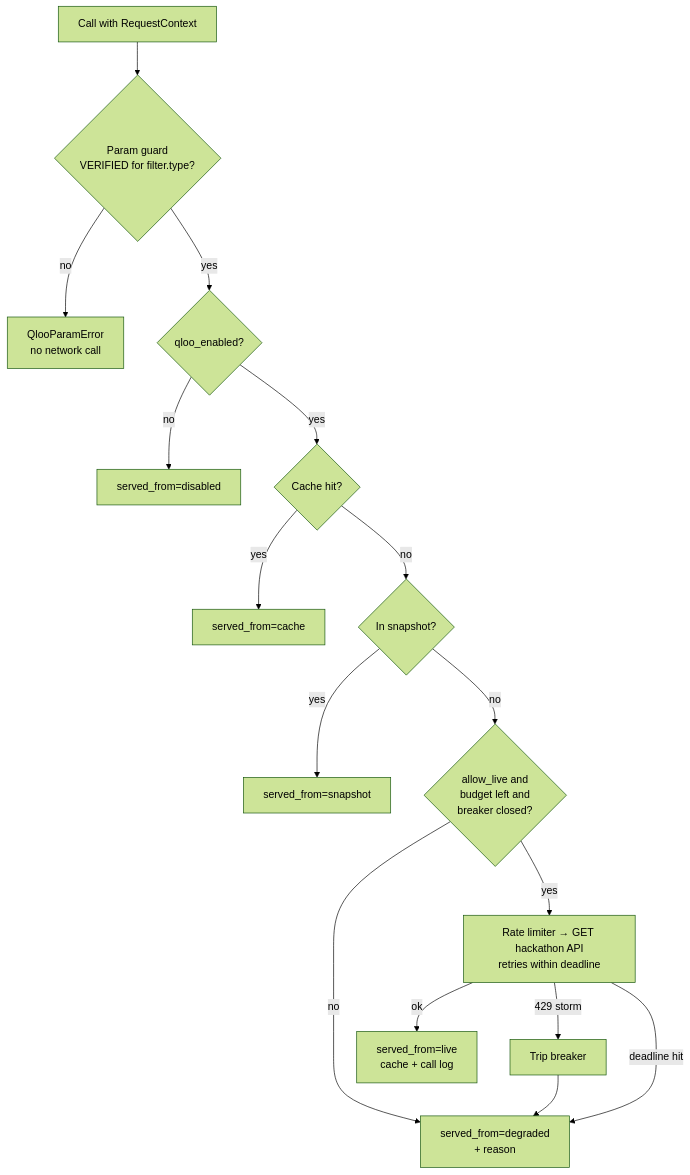
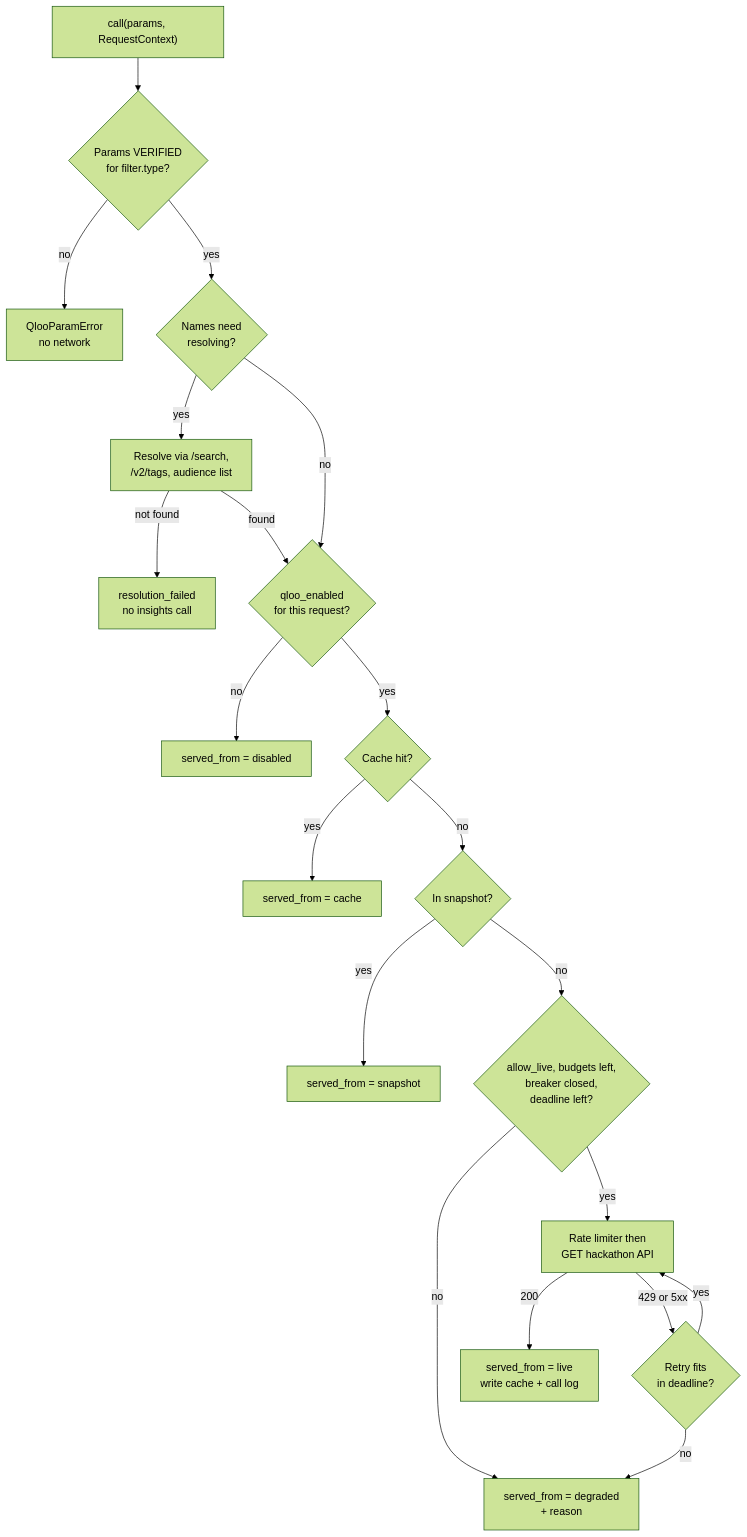
Before and after one commit to nexuszephyr/Blindspot: the fifth of 16 diagrams in docs/architecture.md, drawn with Mermaid (forest theme). The commit also changed other lines of this file and 4 other files, not shown here.

First line of the commit message:
docs: detailed architecture, phase goals, use/avoid references, expanded AGENTS.md

````diff
--- a/docs/architecture.md
+++ b/docs/architecture.md
@@ -58,17 +259,22 @@
 ```mermaid
 flowchart TD
-    A[Call with RequestContext] --> B{Param guard<br/>VERIFIED for filter.type?}
-    B -- no --> E1[QlooParamError<br/>no network call]
-    B -- yes --> C{qloo_enabled?}
-    C -- no --> D1[served_from=disabled]
-    C -- yes --> F{Cache hit?}
-    F -- yes --> D2[served_from=cache]
-    F -- no --> G{In snapshot?}
-    G -- yes --> D3[served_from=snapshot]
-    G -- no --> H{allow_live and<br/>budget left and<br/>breaker closed?}
-    H -- no --> D4[served_from=degraded<br/>+ reason]
-    H -- yes --> I[Rate limiter → GET hackathon API<br/>retries within deadline]
-    I -- ok --> D5[served_from=live<br/>cache + call log]
-    I -- 429 storm --> J[Trip breaker] --> D4
-    I -- deadline hit --> D4
+    A["call(params, RequestContext)"] --> B{"Params VERIFIED<br/>for filter.type?"}
+    B -- "no" --> E1["QlooParamError<br/>no network"]
+    B -- "yes" --> R{"Names need<br/>resolving?"}
+    R -- "yes" --> R2["Resolve via /search,<br/>/v2/tags, audience list"]
+    R2 -- "not found" --> E2["resolution_failed<br/>no insights call"]
+    R2 -- "found" --> C
+    R -- "no" --> C{"qloo_enabled<br/>for this request?"}
+    C -- "no" --> D1["served_from = disabled"]
+    C -- "yes" --> F{"Cache hit?"}
+    F -- "yes" --> D2["served_from = cache"]
+    F -- "no" --> G{"In snapshot?"}
+    G -- "yes" --> D3["served_from = snapshot"]
+    G -- "no" --> H{"allow_live, budgets left,<br/>breaker closed,<br/>deadline left?"}
+    H -- "no" --> D4["served_from = degraded<br/>+ reason"]
+    H -- "yes" --> I["Rate limiter then<br/>GET hackathon API"]
+    I -- "200" --> D5["served_from = live<br/>write cache + call log"]
+    I -- "429 or 5xx" --> RT{"Retry fits<br/>in deadline?"}
+    RT -- "yes" --> I
+    RT -- "no" --> D4
 ```
````
